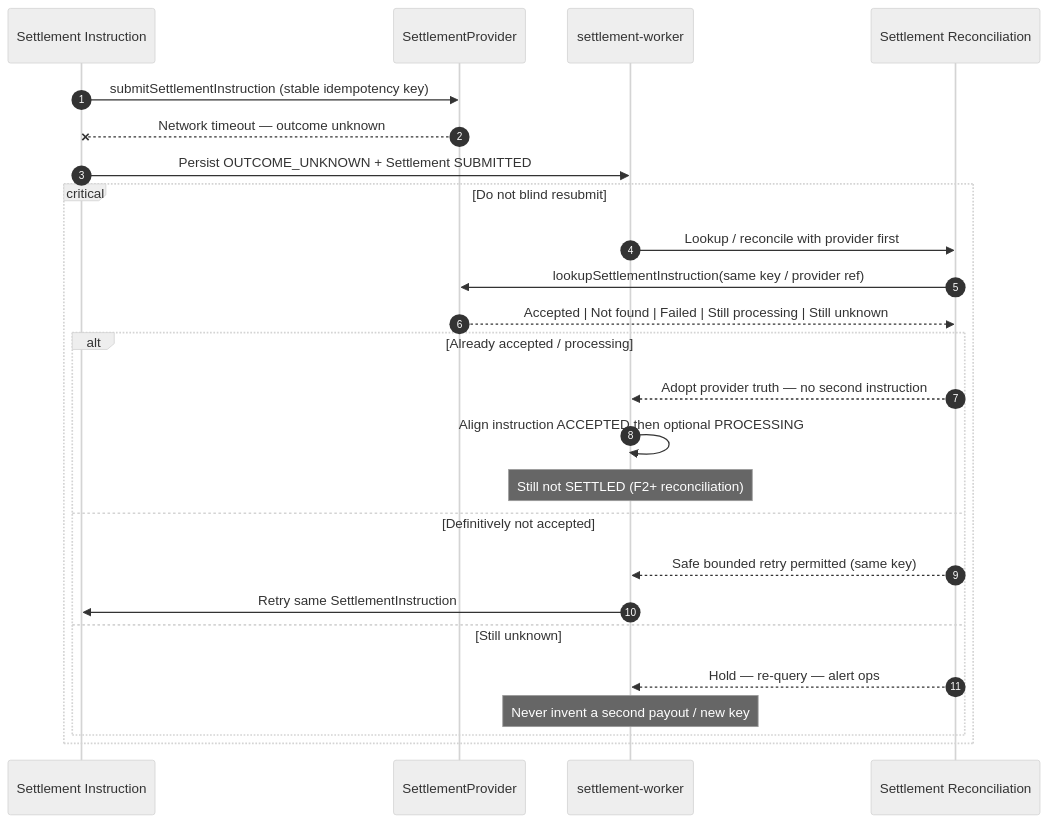
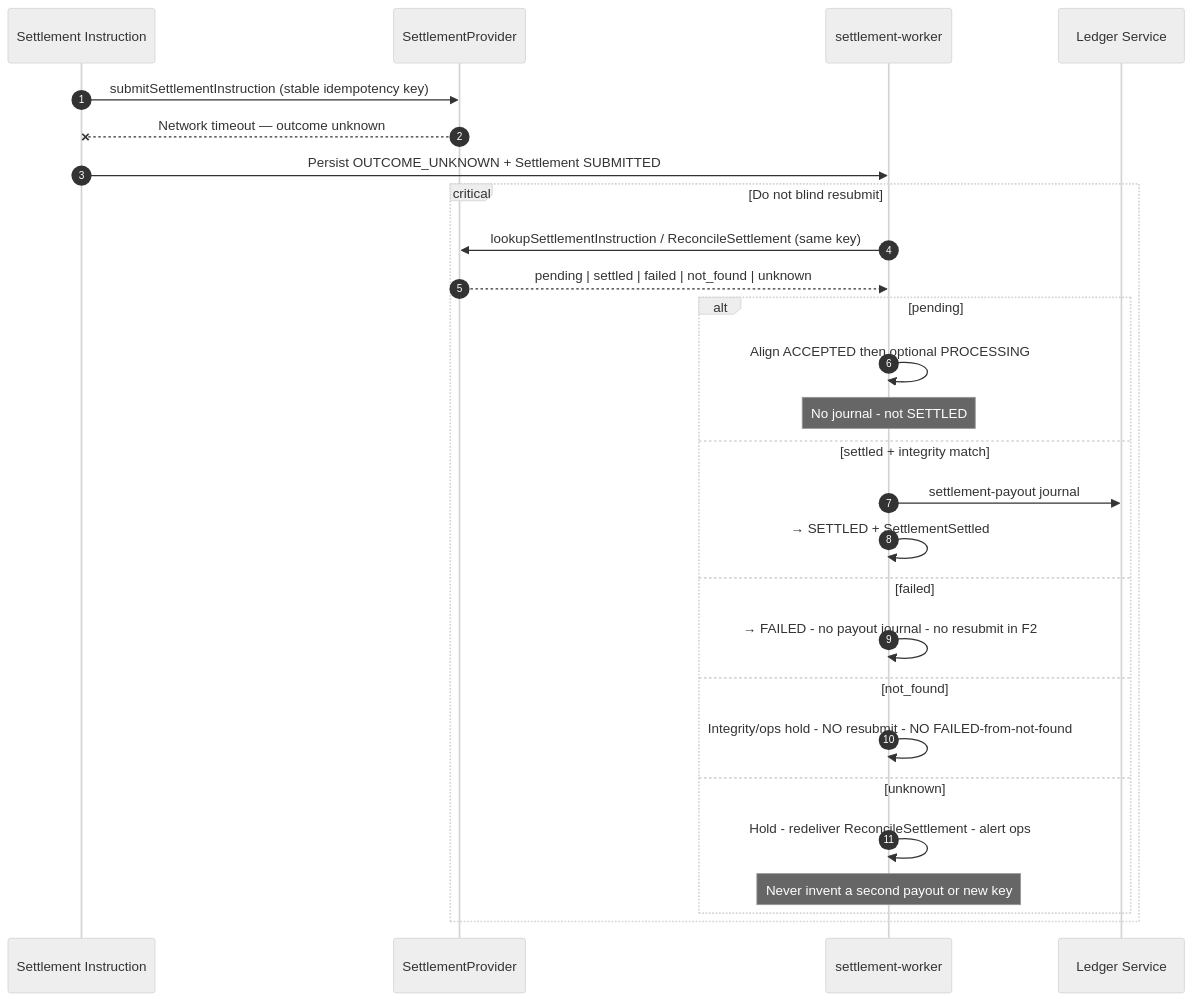
Before and after one commit to MR0808/sparelane-architecture: the diagram in docs/design/money/unknown-settlement-outcome.md, drawn with Mermaid (neutral theme). The commit also changed other lines of this file and 35 other files, not shown here.

Commit message:
Accept ADR-029 settlement finality and payout accounting policy

````diff
--- a/docs/design/money/unknown-settlement-outcome.md
+++ b/docs/design/money/unknown-settlement-outcome.md
@@ -38,30 +39,32 @@
 ```mermaid
 sequenceDiagram
     autonumber
     participant Inst as Settlement Instruction
     participant Bank as SettlementProvider
     participant SW as settlement-worker
-    participant Rec as Settlement Reconciliation
+    participant Led as Ledger Service
 
     Inst->>Bank: submitSettlementInstruction (stable idempotency key)
     Bank--xInst: Network timeout — outcome unknown
     Inst->>SW: Persist OUTCOME_UNKNOWN + Settlement SUBMITTED
 
     critical Do not blind resubmit
-        SW->>Rec: Lookup / reconcile with provider first
-        Rec->>Bank: lookupSettlementInstruction(same key / provider ref)
-        Bank-->>Rec: Accepted | Not found | Failed | Still processing | Still unknown
+        SW->>Bank: lookupSettlementInstruction / ReconcileSettlement (same key)
+        Bank-->>SW: pending | settled | failed | not_found | unknown
 
-        alt Already accepted / processing
-            Rec-->>SW: Adopt provider truth — no second instruction
-            SW->>SW: Align instruction ACCEPTED then optional PROCESSING
-            Note over SW: Still not SETTLED (F2+ reconciliation)
-        else Definitively not accepted
-            Rec-->>SW: Safe bounded retry permitted (same key)
-            SW->>Inst: Retry same SettlementInstruction
-        else Still unknown
-            Rec-->>SW: Hold — re-query — alert ops
-            Note over SW: Never invent a second payout / new key
+        alt pending
+            SW->>SW: Align ACCEPTED then optional PROCESSING
+            Note over SW: No journal - not SETTLED
+        else settled + integrity match
+            SW->>Led: settlement-payout journal
+            SW->>SW: → SETTLED + SettlementSettled
+        else failed
+            SW->>SW: → FAILED - no payout journal - no resubmit in F2
+        else not_found
+            SW->>SW: Integrity/ops hold - NO resubmit - NO FAILED-from-not-found
+        else unknown
+            SW->>SW: Hold - redeliver ReconcileSettlement - alert ops
+            Note over SW: Never invent a second payout or new key
         end
     end
 ```
````
